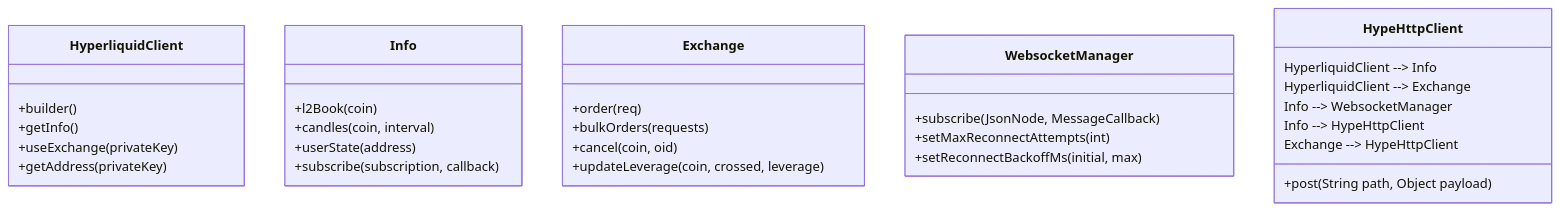
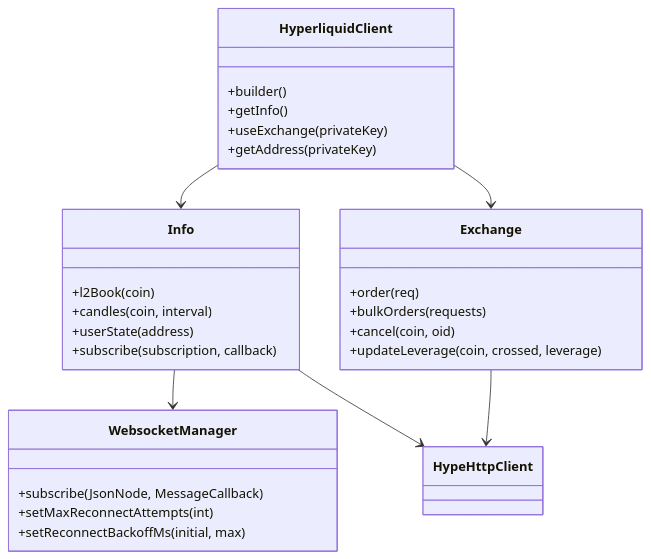
One commit to heiye115/hyperliquid-java-sdk changed the diagram in README.md. Above: the diagram before and after it, drawn with Mermaid. The commit also changed 1 other file, not shown here.

````diff
--- a/README.md
+++ b/README.md
@@ -35,34 +35,32 @@
 ```mermaid
 classDiagram
     class HyperliquidClient {
       +builder()
       +getInfo()
       +useExchange(privateKey)
       +getAddress(privateKey)
     }
     class Info {
       +l2Book(coin)
       +candles(coin, interval)
       +userState(address)
       +subscribe(subscription, callback)
     }
     class Exchange {
       +order(req)
       +bulkOrders(requests)
       +cancel(coin, oid)
       +updateLeverage(coin, crossed, leverage)
     }
     class WebsocketManager {
       +subscribe(JsonNode, MessageCallback)
       +setMaxReconnectAttempts(int)
       +setReconnectBackoffMs(initial, max)
     }
-    class HypeHttpClient {
-        HyperliquidClient --> Info
-        HyperliquidClient --> Exchange
-        Info --> WebsocketManager
-        Info --> HypeHttpClient
-        Exchange --> HypeHttpClient
-        +post(String path, Object payload)
-    }
+    class HypeHttpClient
+    HyperliquidClient --> Info
+    HyperliquidClient --> Exchange
+    Info --> WebsocketManager
+    Info --> HypeHttpClient
+    Exchange --> HypeHttpClient
 ```
````
